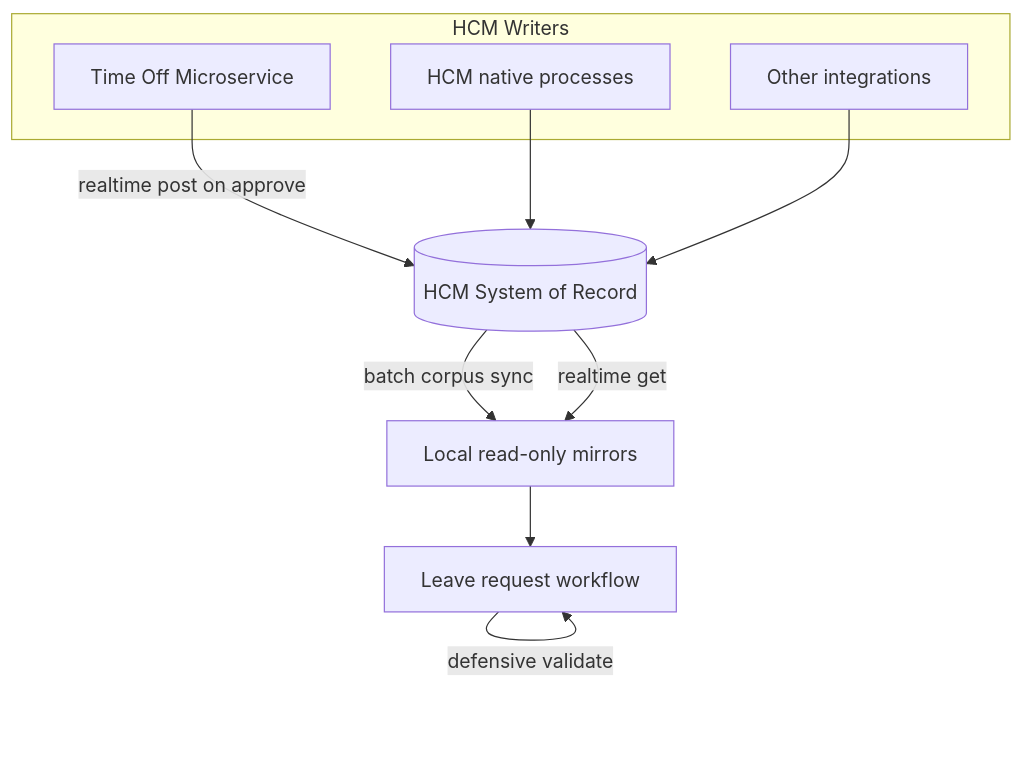
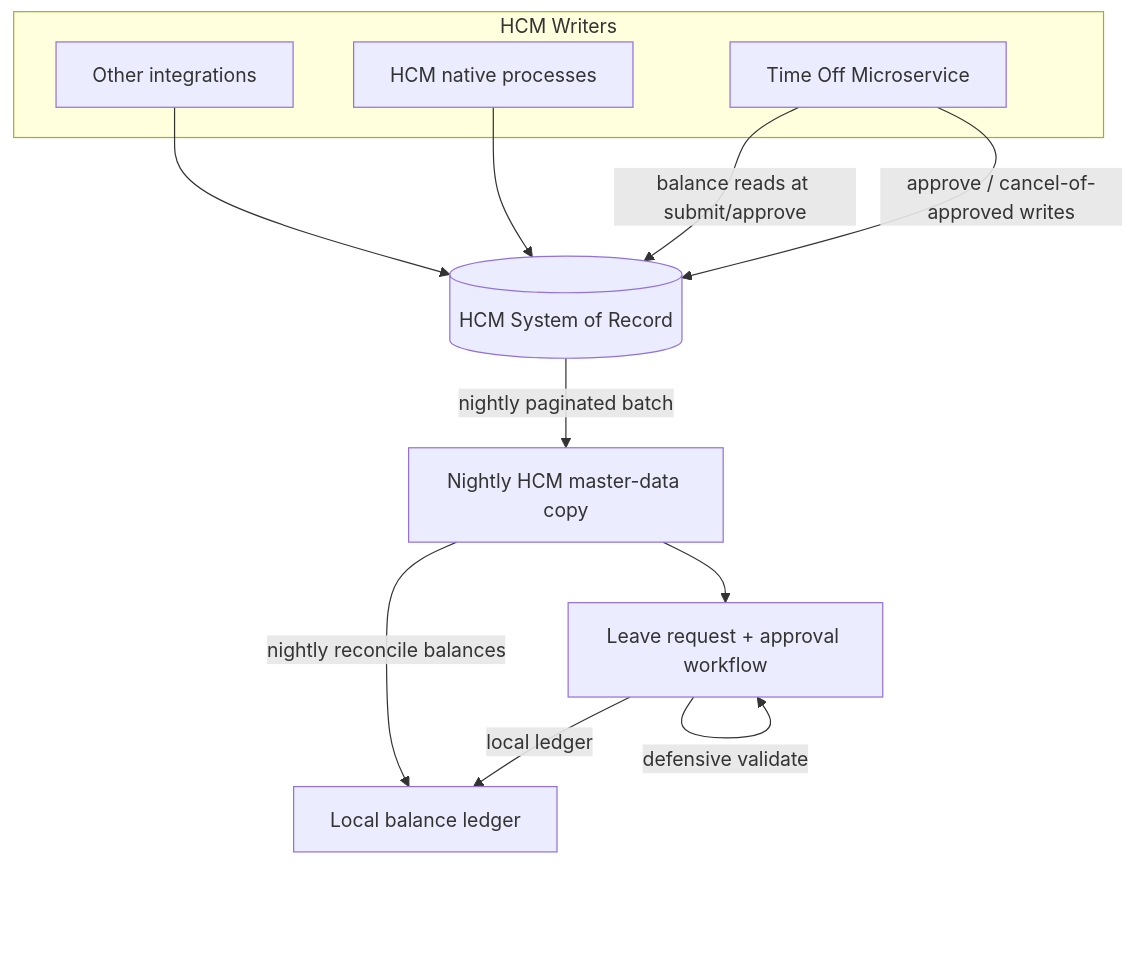
The second of 3 diagrams in docs/spec.md (ohoushyar/timeoff-service-project), drawn with Mermaid before and after one commit. The commit also changed other lines of this file, not shown here.

````diff
--- a/docs/spec.md
+++ b/docs/spec.md
@@ -71,19 +77,21 @@
 ```mermaid
 flowchart TB
   subgraph writers [HCM Writers]
     MS[Time Off Microservice]
     HCMNative[HCM native processes]
     Other[Other integrations]
   end
   HCM[(HCM System of Record)]
-  Mirror[Local read-only mirrors]
-  Workflow[Leave request workflow]
+  WorkingCopy[Nightly HCM master-data copy]
+  Workflow[Leave request + approval workflow]
 
-  MS -->|realtime post on approve| HCM
+  MS -->|approve / cancel-of-approved writes| HCM
+  MS -->|balance reads at submit/approve| HCM
   HCMNative --> HCM
   Other --> HCM
-  HCM -->|batch corpus sync| Mirror
-  HCM -->|realtime get| Mirror
-  Mirror --> Workflow
+  HCM -->|nightly paginated batch| WorkingCopy
+  WorkingCopy --> Workflow
   Workflow -->|defensive validate| Workflow
+  Workflow -->|local ledger| Ledger[Local balance ledger]
+  WorkingCopy -->|nightly reconcile balances| Ledger
 ```
````
